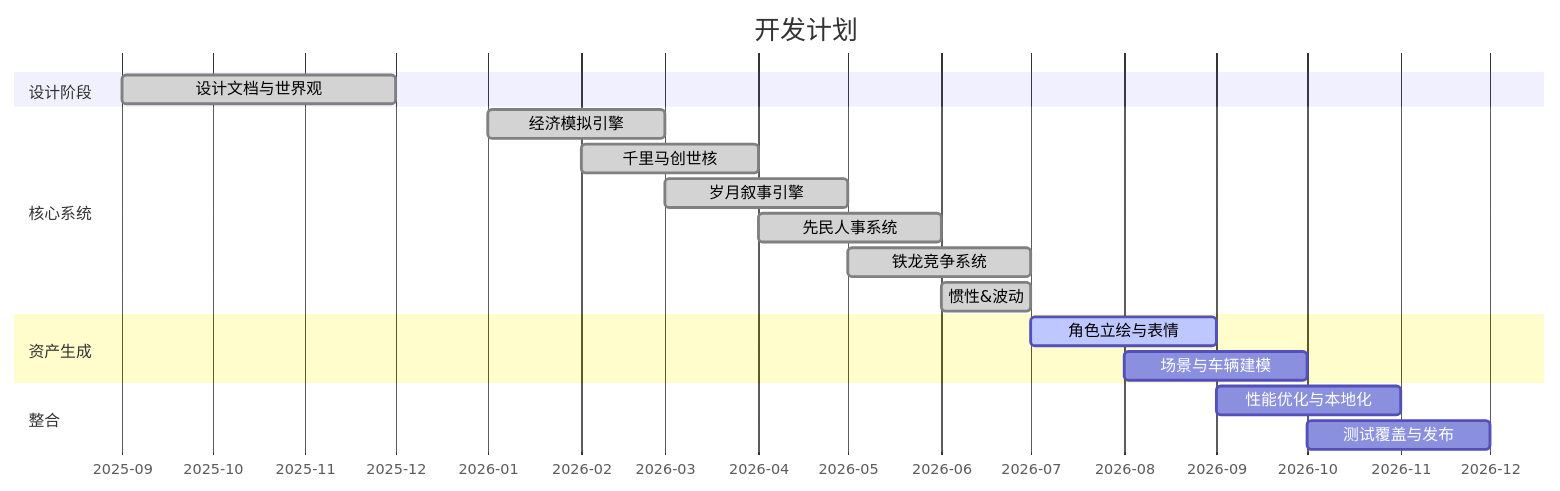
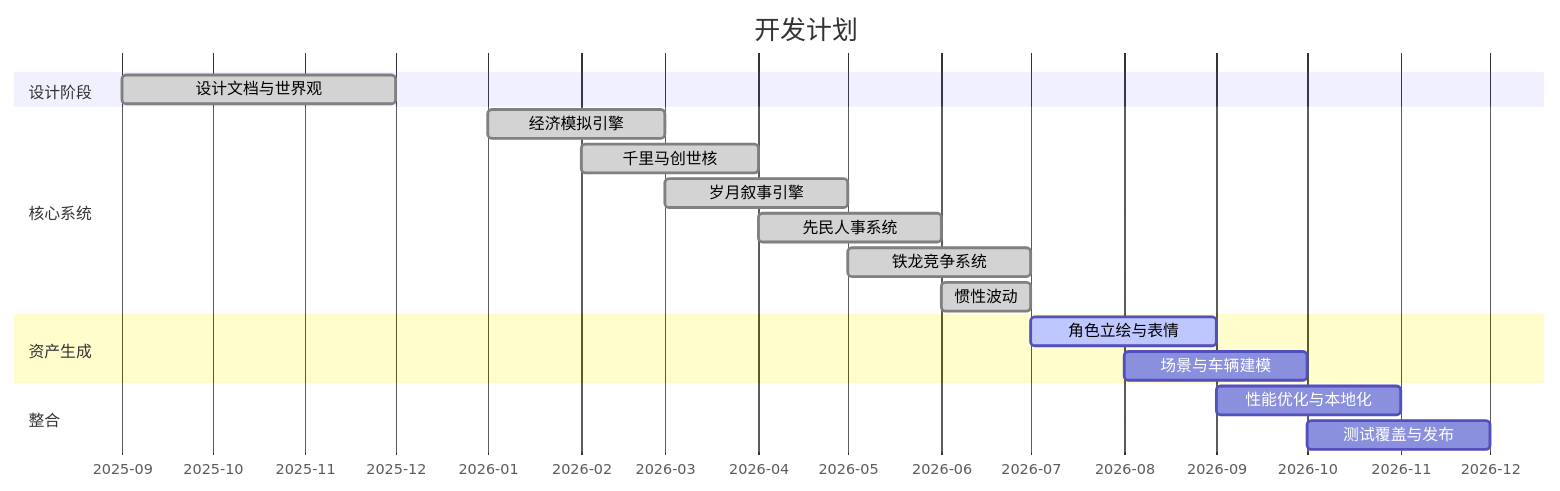
Before and after one commit to NMDX0721/RailwayRenaissance: the seventh of 8 diagrams in README.zh-CN.md, drawn with Mermaid. The commit also changed 1 other file, not shown here.

Commit message:
docs: replace & in gantt label with plain text

````diff
--- a/README.zh-CN.md
+++ b/README.zh-CN.md
@@ -628,21 +628,21 @@
 ```mermaid
 gantt
     title 开发计划
     dateFormat  YYYY-MM
     axisFormat  %Y-%m
     section 设计阶段
     设计文档与世界观       :done, 2025-09, 2025-12
     section 核心系统
     经济模拟引擎           :done, 2026-01, 2026-03
     千里马创世核           :done, 2026-02, 2026-04
     岁月叙事引擎           :done, 2026-03, 2026-05
     先民人事系统           :done, 2026-04, 2026-06
     铁龙竞争系统           :done, 2026-05, 2026-07
-    惯性&波动             :done, 2026-06, 2026-07
+    惯性波动             :done, 2026-06, 2026-07
     section 资产生成
     角色立绘与表情         :active, 2026-07, 2026-09
     场景与车辆建模         :2026-08, 2026-10
     section 整合
     性能优化与本地化       :2026-09, 2026-11
     测试覆盖与发布         :2026-10, 2026-12
 ```
````
